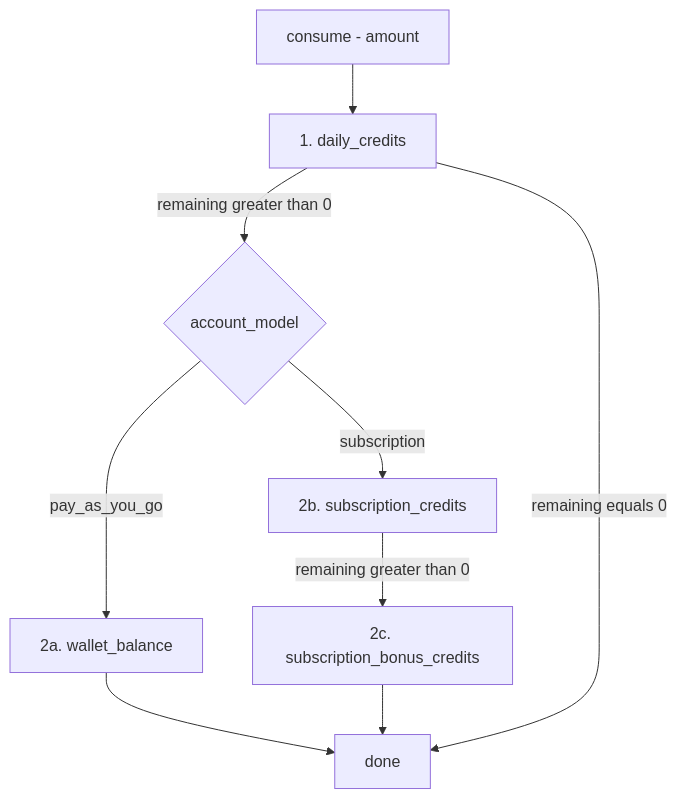
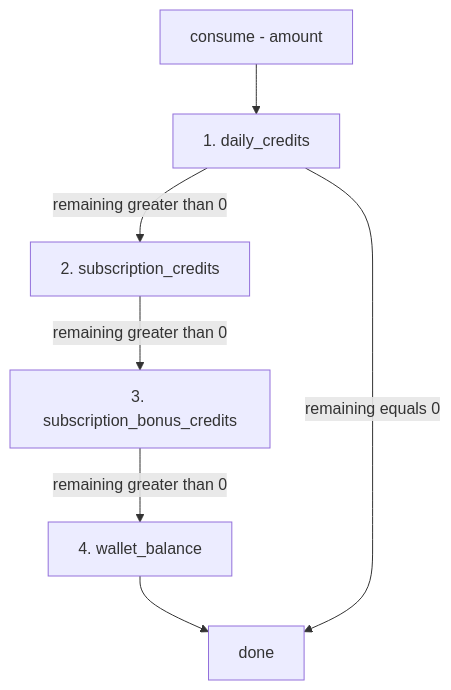
Diagram 15 of 25 in docs/current/14-billing-and-credits.md (gondolerahul/hire-buddha-app), drawn with Mermaid before and after one commit. The commit also changed other lines of this file and 3 other files, not shown here.

````diff
--- a/docs/current/14-billing-and-credits.md
+++ b/docs/current/14-billing-and-credits.md
@@ -793,11 +793,9 @@
 ```mermaid
 flowchart TD
     A["consume - amount"] --> B["1. daily_credits"]
-    B -->|"remaining greater than 0"| C{"account_model"}
-    C -->|pay_as_you_go| D["2a. wallet_balance"]
-    C -->|subscription| E["2b. subscription_credits"]
-    E -->|"remaining greater than 0"| F["2c. subscription_bonus_credits"]
+    B -->|"remaining greater than 0"| E["2. subscription_credits"]
+    E -->|"remaining greater than 0"| F["3. subscription_bonus_credits"]
+    F -->|"remaining greater than 0"| D["4. wallet_balance"]
     D --> G["done"]
-    F --> G
     B -->|"remaining equals 0"| G
 ```
````
